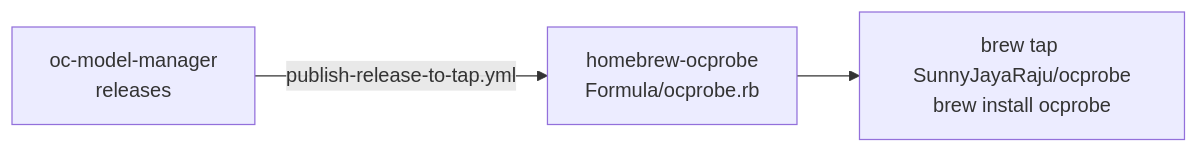
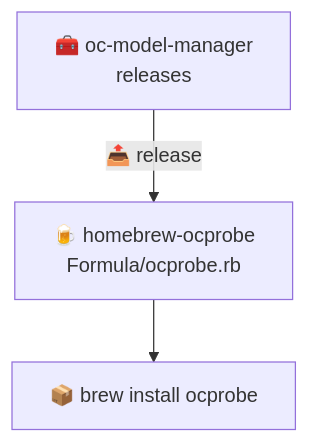
Before and after one commit to SunnyJayaRaju/SunnyJayaRaju: the diagram in README.md, drawn with Mermaid.

Commit message:
Make diagrams readable on small screens

````diff
--- a/README.md
+++ b/README.md
@@ -21,5 +21,5 @@
 ```mermaid
-flowchart LR
-  A["oc-model-manager<br/>releases"] -->|"publish-release-to-tap.yml"| B["homebrew-ocprobe<br/>Formula/ocprobe.rb"]
-  B --> C["brew tap SunnyJayaRaju/ocprobe<br/>brew install ocprobe"]
+flowchart TD
+  A["🧰 oc-model-manager<br/>releases"] -->|"📤 release"| B["🍺 homebrew-ocprobe<br/>Formula/ocprobe.rb"]
+  B --> C["📦 brew install ocprobe"]
 ```
````
